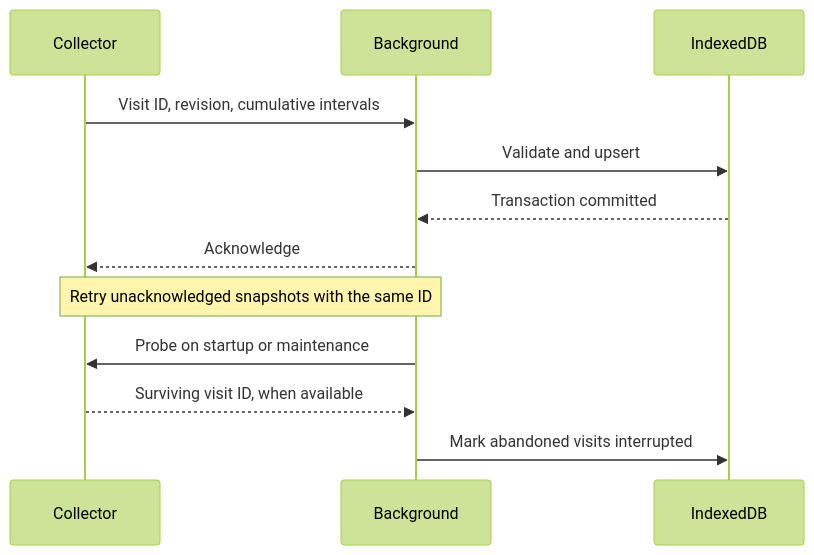
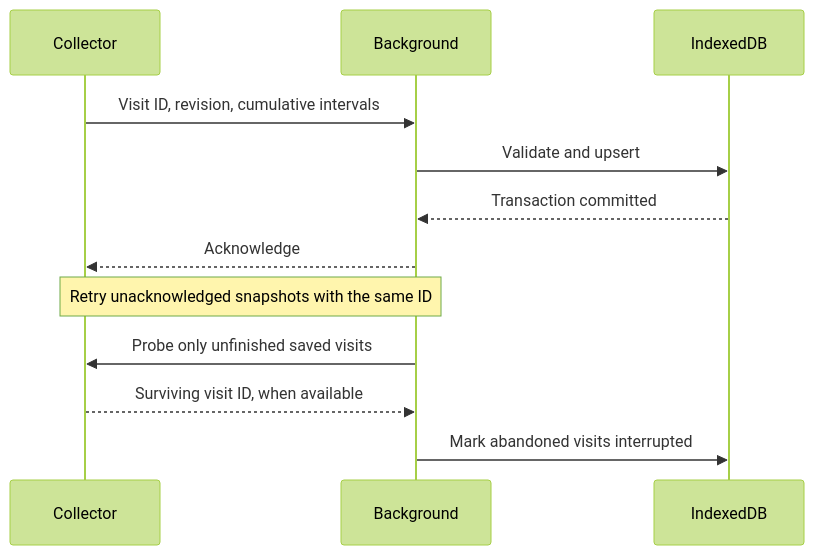
One commit to OussemaJaouadi/DoomGauge changed the second of 2 diagrams in docs/ARCHITECTURE.md. Above: the diagram before and after it, drawn with Mermaid (forest theme). The commit also changed other lines of this file and 33 other files, not shown here.

````diff
--- a/docs/ARCHITECTURE.md
+++ b/docs/ARCHITECTURE.md
@@ -26,14 +27,14 @@
 ```mermaid
 sequenceDiagram
   participant C as Collector
   participant B as Background
   participant D as IndexedDB
   C->>B: Visit ID, revision, cumulative intervals
   B->>D: Validate and upsert
   D-->>B: Transaction committed
   B-->>C: Acknowledge
   Note over C,B: Retry unacknowledged snapshots with the same ID
-  B->>C: Probe on startup or maintenance
+  B->>C: Probe only unfinished saved visits
   C-->>B: Surviving visit ID, when available
   B->>D: Mark abandoned visits interrupted
 ```
````
